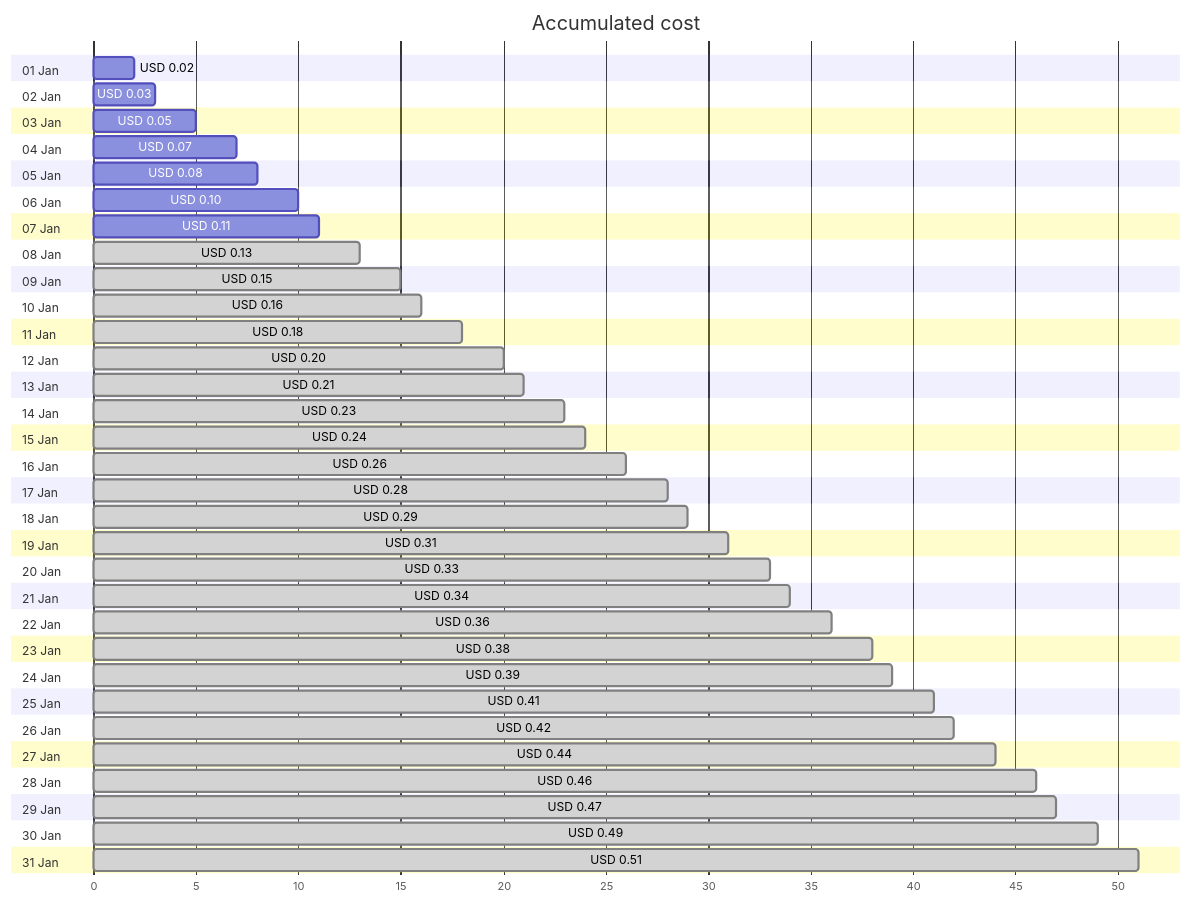
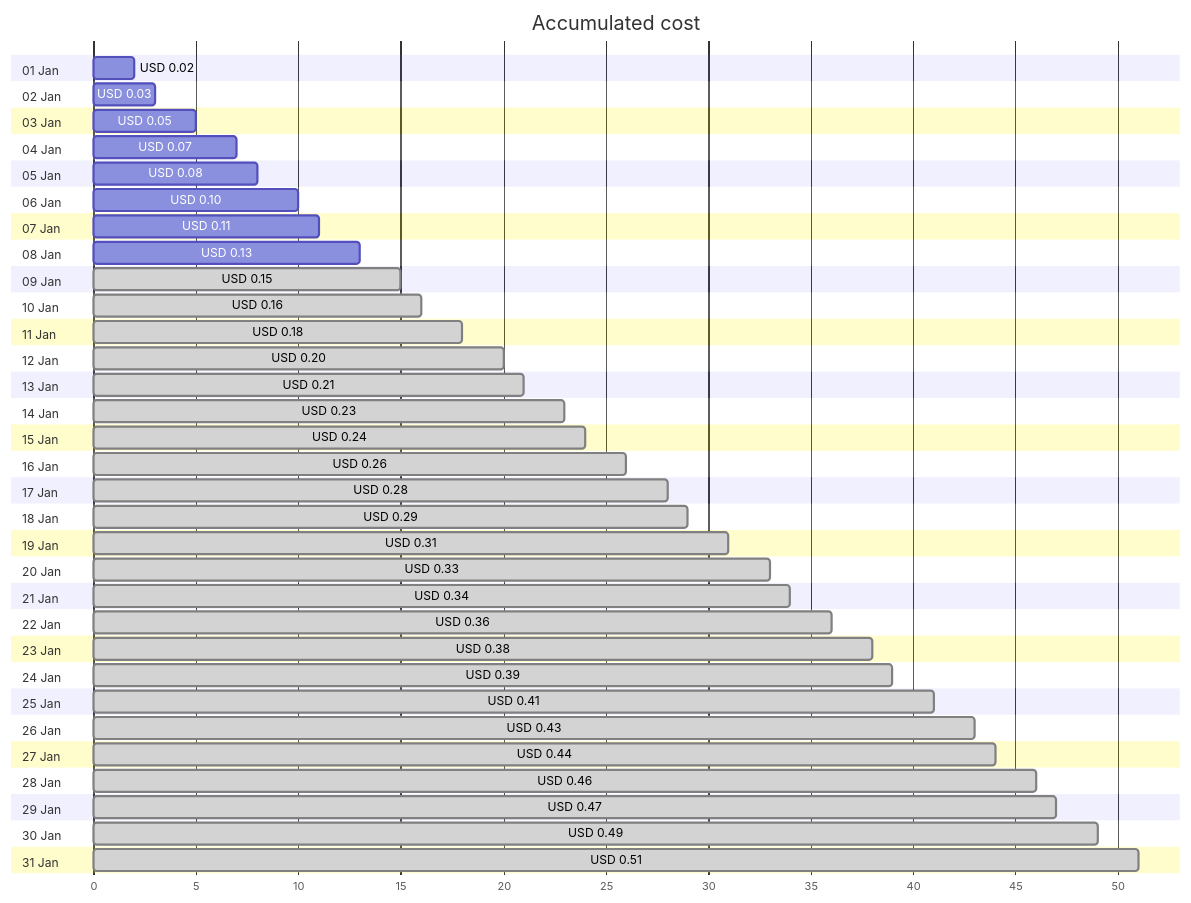
The first of 4 diagrams in cost-reports/personal-dns/jpatrickfulton.com.md (jpfulton/azure-personal-reports), drawn with Mermaid before and after one commit. The commit also changed other lines of this file and 2 other files, not shown here.

````diff
--- a/cost-reports/personal-dns/jpatrickfulton.com.md
+++ b/cost-reports/personal-dns/jpatrickfulton.com.md
@@ -20,68 +20,68 @@
 ```mermaid
 gantt
    title Accumulated cost
    dateFormat  X
    axisFormat %s
    section 01 Jan
    USD 0.02 :0, 2
    section 02 Jan
    USD 0.03 :0, 3
    section 03 Jan
    USD 0.05 :0, 5
    section 04 Jan
    USD 0.07 :0, 7
    section 05 Jan
    USD 0.08 :0, 8
    section 06 Jan
    USD 0.10 :0, 10
    section 07 Jan
    USD 0.11 :0, 11
    section 08 Jan
-   USD 0.13 : done, 0, 13
+   USD 0.13 :0, 13
    section 09 Jan
    USD 0.15 : done, 0, 15
    section 10 Jan
    USD 0.16 : done, 0, 16
    section 11 Jan
    USD 0.18 : done, 0, 18
    section 12 Jan
    USD 0.20 : done, 0, 20
    section 13 Jan
    USD 0.21 : done, 0, 21
    section 14 Jan
    USD 0.23 : done, 0, 23
    section 15 Jan
    USD 0.24 : done, 0, 24
    section 16 Jan
    USD 0.26 : done, 0, 26
    section 17 Jan
    USD 0.28 : done, 0, 28
    section 18 Jan
    USD 0.29 : done, 0, 29
    section 19 Jan
    USD 0.31 : done, 0, 31
    section 20 Jan
    USD 0.33 : done, 0, 33
    section 21 Jan
    USD 0.34 : done, 0, 34
    section 22 Jan
    USD 0.36 : done, 0, 36
    section 23 Jan
    USD 0.38 : done, 0, 38
    section 24 Jan
    USD 0.39 : done, 0, 39
    section 25 Jan
    USD 0.41 : done, 0, 41
    section 26 Jan
-   USD 0.42 : done, 0, 42
+   USD 0.43 : done, 0, 43
    section 27 Jan
    USD 0.44 : done, 0, 44
    section 28 Jan
    USD 0.46 : done, 0, 46
    section 29 Jan
    USD 0.47 : done, 0, 47
    section 30 Jan
    USD 0.49 : done, 0, 49
    section 31 Jan
    USD 0.51 : done, 0, 51
 ```
````
